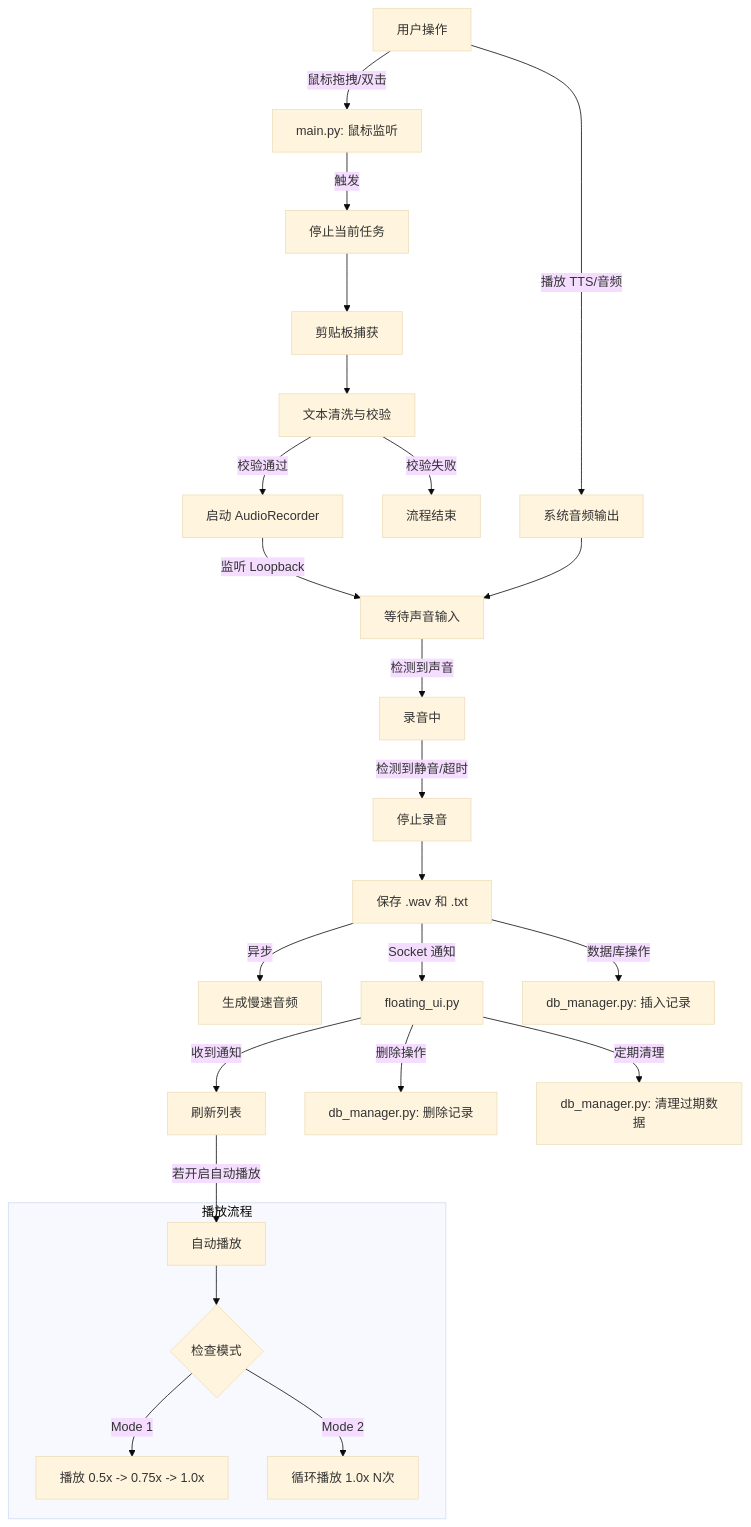
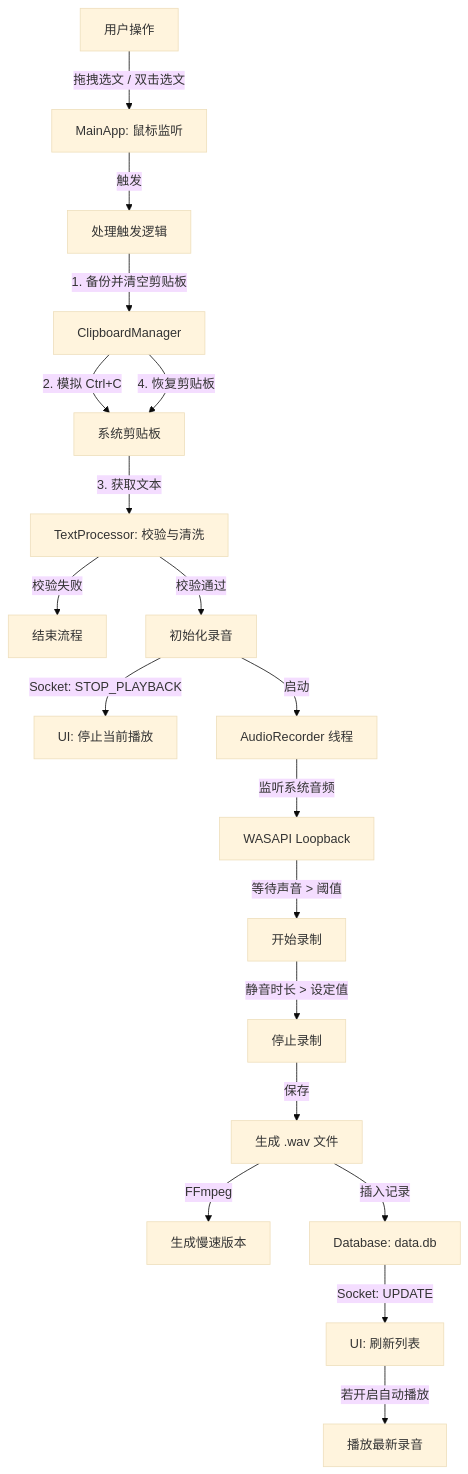
One commit to DongPo562/2026newReadingI changed the diagram in project_overview.md. Above: the diagram before and after it, drawn with Mermaid (base theme). The commit also changed other lines of this file and 21 other files, not shown here.

````diff
--- a/project_overview.md
+++ b/project_overview.md
@@ -141,33 +112,28 @@
 ```mermaid
 graph TD
-    User[用户操作] -->|鼠标拖拽/双击| MouseHook[main.py: 鼠标监听]
-    MouseHook -->|触发| TriggerHandler[停止当前任务]
-    TriggerHandler --> Clipboard[剪贴板捕获]
-    Clipboard --> TextProc[文本清洗与校验]
-    TextProc -->|校验通过| Recorder[启动 AudioRecorder]
-    TextProc -->|校验失败| End[流程结束]
+    User[用户操作] -->|拖拽选文 / 双击选文| MouseListener[MainApp: 鼠标监听]
+    MouseListener -->|触发| TriggerHandler[处理触发逻辑]
     
-    Recorder -->|监听 Loopback| WaitSound[等待声音输入]
-    User -->|播放 TTS/音频| SystemAudio[系统音频输出]
-    SystemAudio --> WaitSound
+    TriggerHandler -->|1. 备份并清空剪贴板| Clipboard[ClipboardManager]
+    Clipboard -->|2. 模拟 Ctrl+C| SystemClipboard[系统剪贴板]
+    SystemClipboard -->|3. 获取文本| Validator[TextProcessor: 校验与清洗]
     
-    WaitSound -->|检测到声音| Recording[录音中]
-    Recording -->|检测到静音/超时| StopRecord[停止录音]
+    Validator -->|校验失败| End[结束流程]
+    Validator -->|校验通过| RecorderInit[初始化录音]
     
-    StopRecord --> SaveFiles[保存 .wav 和 .txt]
-    SaveFiles -->|异步| FFmpeg[生成慢速音频]
-    SaveFiles -->|Socket 通知| UI[floating_ui.py]
-    SaveFiles -->|数据库操作| DB[db_manager.py: 插入记录]
+    RecorderInit -->|Socket: STOP_PLAYBACK| UI_Player[UI: 停止当前播放]
+    RecorderInit -->|启动| AudioThread[AudioRecorder 线程]
     
-    UI -->|收到通知| RefreshList[刷新列表]
-    RefreshList -->|若开启自动播放| AutoPlay[自动播放]
+    AudioThread -->|监听系统音频| WASAPI[WASAPI Loopback]
+    WASAPI -->|等待声音 > 阈值| Recording[开始录制]
+    Recording -->|静音时长 > 设定值| StopRecording[停止录制]
     
-    subgraph 播放流程
-    AutoPlay --> ModeCheck{检查模式}
-    ModeCheck -->|Mode 1| PlaySlow[播放 0.5x -> 0.75x -> 1.0x]
-    ModeCheck -->|Mode 2| PlayLoop[循环播放 1.0x N次]
-    end
+    StopRecording -->|保存| WAVFile[生成 .wav 文件]
+    WAVFile -->|FFmpeg| SlowGen[生成慢速版本]
+    WAVFile -->|插入记录| DB[Database: data.db]
     
-    UI -->|删除操作| DBDelete[db_manager.py: 删除记录]
-    UI -->|定期清理| DBCleanup[db_manager.py: 清理过期数据]
+    DB -->|Socket: UPDATE| UI_Update[UI: 刷新列表]
+    UI_Update -->|若开启自动播放| AutoPlay[播放最新录音]
+    
+    Clipboard -->|4. 恢复剪贴板| SystemClipboard
 ```
````
